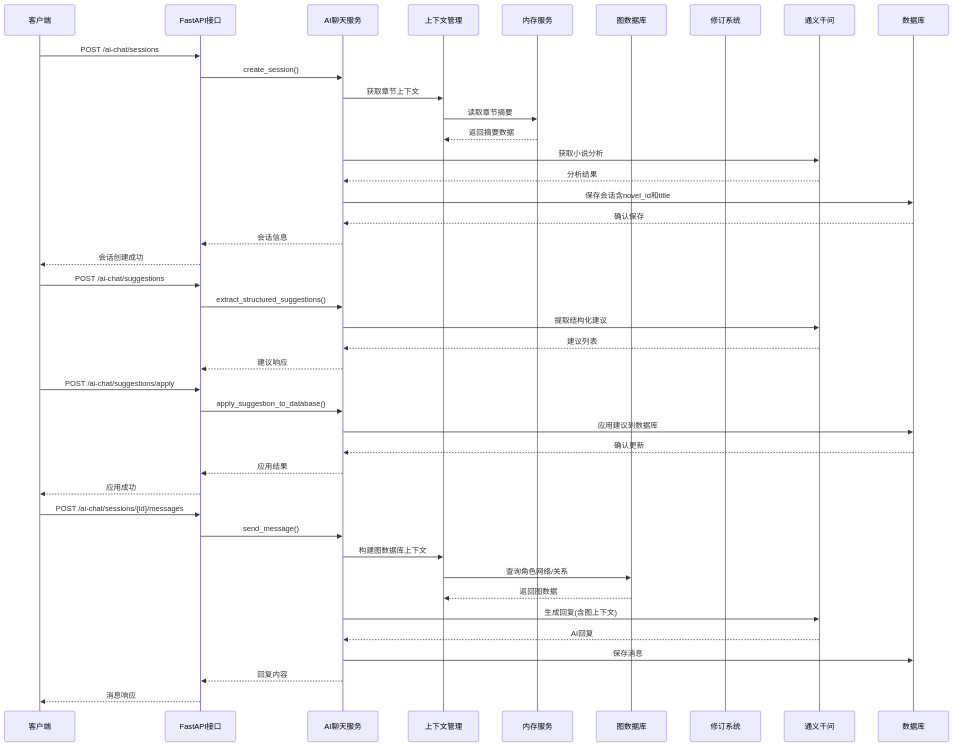
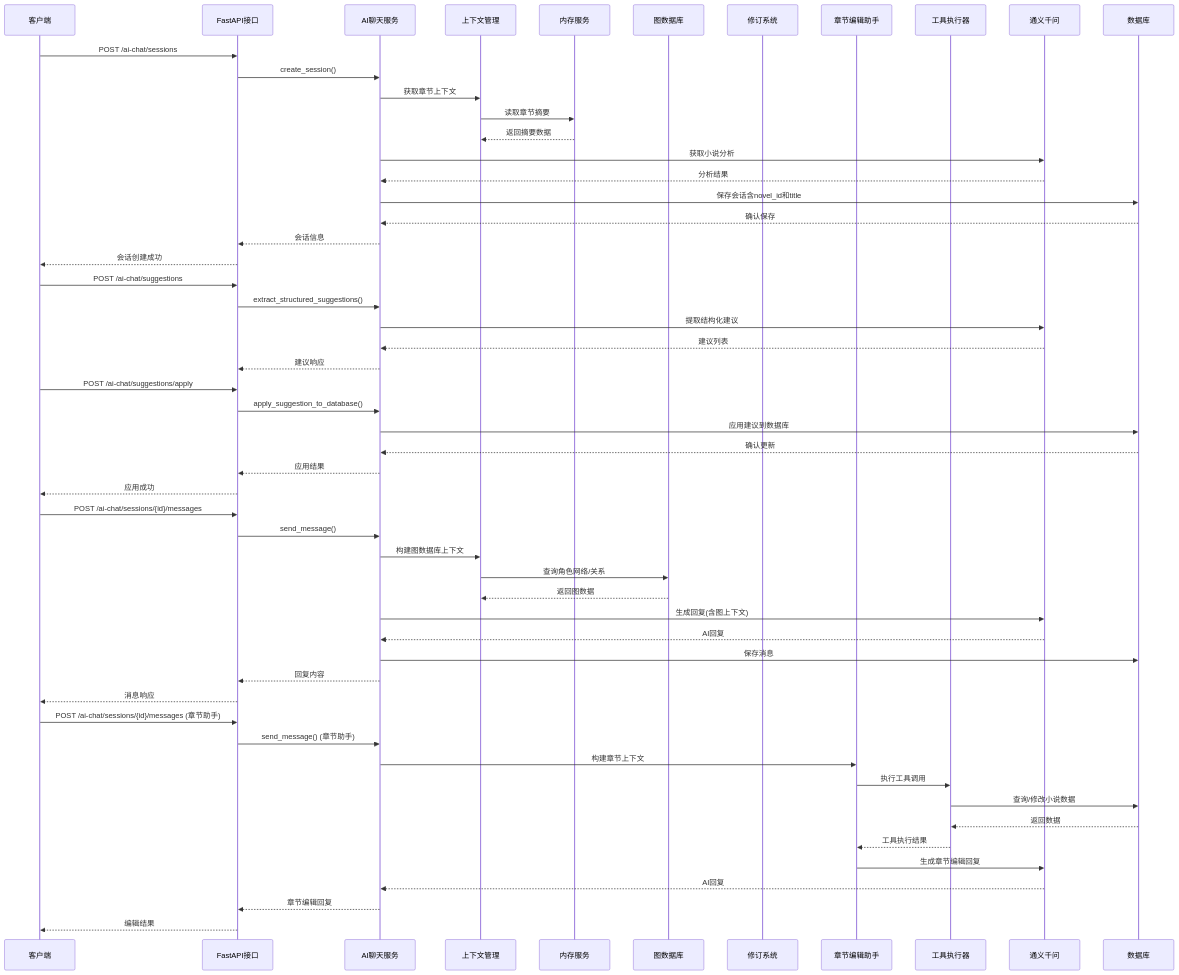
Before and after one commit to xfbyxq/ai-novel-system: the fourth of 36 diagrams in .qoder/repowiki/zh/content/Ai Chat Service.md, drawn with Mermaid. The commit also changed other lines of this file and 13 other files, not shown here.

````diff
--- a/.qoder/repowiki/zh/content/Ai Chat Service.md
+++ b/.qoder/repowiki/zh/content/Ai Chat Service.md
@@ -244,44 +267,57 @@
 ```mermaid
 sequenceDiagram
 participant Client as 客户端
 participant API as FastAPI接口
 participant Service as AI聊天服务
 participant Context as 上下文管理
 participant Memory as 内存服务
 participant Graph as 图数据库
 participant Revision as 修订系统
+participant ChapterAssistant as 章节编辑助手
+participant ToolExecutor as 工具执行器
 participant LLM as 通义千问
 participant DB as 数据库
 Client->>API : POST /ai-chat/sessions
 API->>Service : create_session()
 Service->>Context : 获取章节上下文
 Context->>Memory : 读取章节摘要
 Memory-->>Context : 返回摘要数据
 Service->>LLM : 获取小说分析
 LLM-->>Service : 分析结果
 Service->>DB : 保存会话含novel_id和title
 DB-->>Service : 确认保存
 Service-->>API : 会话信息
 API-->>Client : 会话创建成功
 Client->>API : POST /ai-chat/suggestions
 API->>Service : extract_structured_suggestions()
 Service->>LLM : 提取结构化建议
 LLM-->>Service : 建议列表
 Service-->>API : 建议响应
 Client->>API : POST /ai-chat/suggestions/apply
 API->>Service : apply_suggestion_to_database()
 Service->>DB : 应用建议到数据库
 DB-->>Service : 确认更新
 Service-->>API : 应用结果
 API-->>Client : 应用成功
 Client->>API : POST /ai-chat/sessions/{id}/messages
 API->>Service : send_message()
 Service->>Context : 构建图数据库上下文
 Context->>Graph : 查询角色网络/关系
 Graph-->>Context : 返回图数据
 Service->>LLM : 生成回复(含图上下文)
 LLM-->>Service : AI回复
 Service->>DB : 保存消息
 Service-->>API : 回复内容
 API-->>Client : 消息响应
+Client->>API : POST /ai-chat/sessions/{id}/messages (章节助手)
+API->>Service : send_message() (章节助手)
+Service->>ChapterAssistant : 构建章节上下文
+ChapterAssistant->>ToolExecutor : 执行工具调用
+ToolExecutor->>DB : 查询/修改小说数据
+DB-->>ToolExecutor : 返回数据
+ToolExecutor-->>ChapterAssistant : 工具执行结果
+ChapterAssistant->>LLM : 生成章节编辑回复
+LLM-->>Service : AI回复
+Service-->>API : 章节编辑回复
+API-->>Client : 编辑结果
 ```
````
